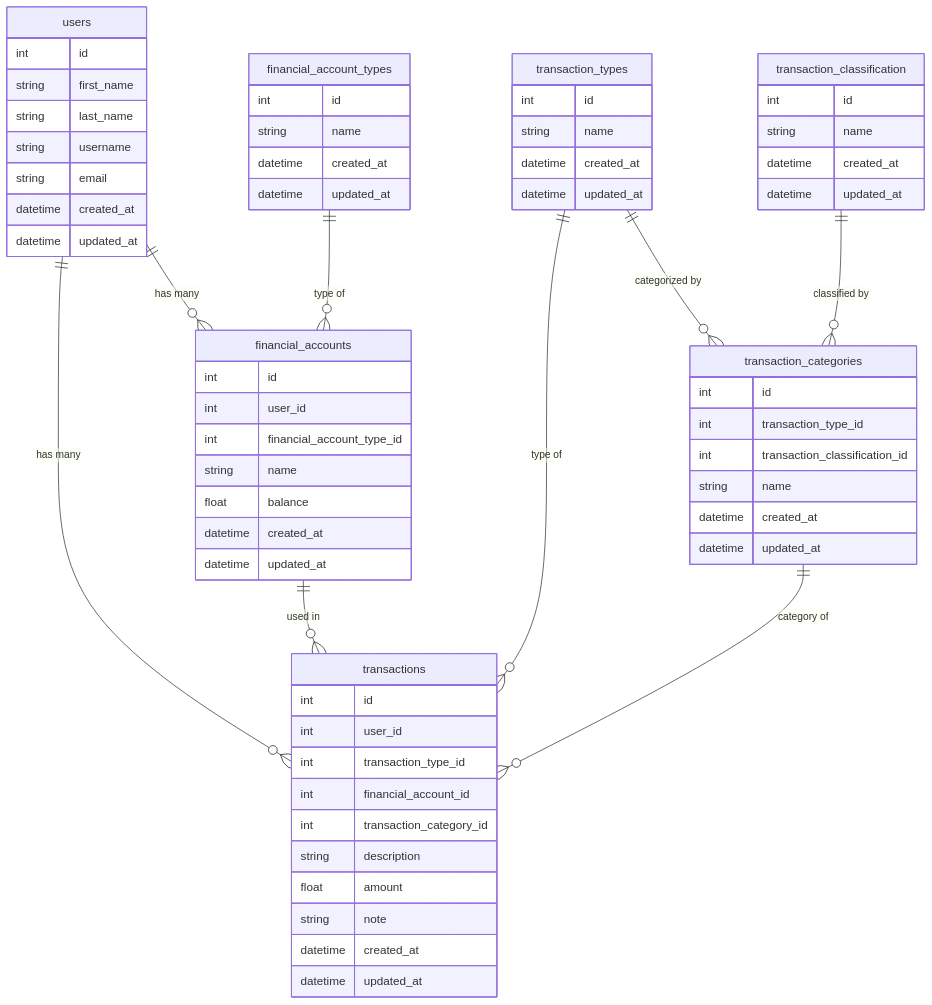
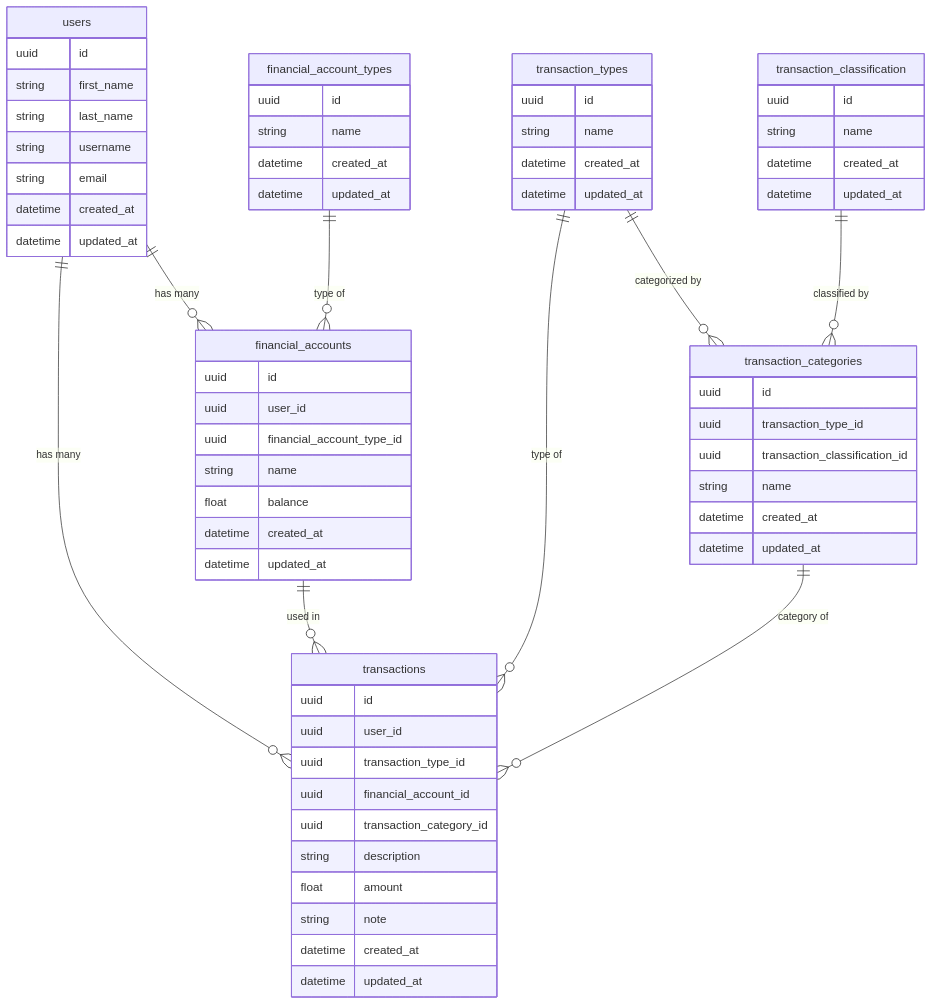
Before and after one commit to hyoaru/last-dime: the diagram in api/docs/internal/DATA_MODEL.md, drawn with Mermaid.

Commit message:
Replaced int ids to uuid

````diff
--- a/api/docs/internal/DATA_MODEL.md
+++ b/api/docs/internal/DATA_MODEL.md
@@ -33,79 +33,79 @@
 ```mermaid
 erDiagram
 
     users {
-        int id
+        uuid id
         string first_name
         string last_name
         string username
         string email
         datetime created_at
         datetime updated_at
     }
 
     financial_account_types {
-        int id
+        uuid id
         string name
         datetime created_at
         datetime updated_at
     }
 
     financial_accounts {
-        int id
-        int user_id
-        int financial_account_type_id
+        uuid id
+        uuid user_id
+        uuid financial_account_type_id
         string name
         float balance
         datetime created_at
         datetime updated_at
     }
 
     transaction_types {
-        int id
+        uuid id
         string name
         datetime created_at
         datetime updated_at
     }
 
     transaction_classification {
-        int id
+        uuid id
         string name
         datetime created_at
         datetime updated_at
     }
 
     transaction_categories {
-        int id
-        int transaction_type_id
-        int transaction_classification_id
+        uuid id
+        uuid transaction_type_id
+        uuid transaction_classification_id
         string name
         datetime created_at
         datetime updated_at
     }
 
     transactions {
-        int id
-        int user_id
-        int transaction_type_id
-        int financial_account_id
-        int transaction_category_id
+        uuid id
+        uuid user_id
+        uuid transaction_type_id
+        uuid financial_account_id
+        uuid transaction_category_id
         string description
         float amount
         string note
         datetime created_at
         datetime updated_at
     }
 
     %% Relationships
     users ||--o{ financial_accounts : "has many"
     financial_account_types ||--o{ financial_accounts : "type of"
 
     users ||--o{ transactions : "has many"
     financial_accounts ||--o{ transactions : "used in"
 
     transaction_types ||--o{ transaction_categories : "categorized by"
     transaction_classification ||--o{ transaction_categories : "classified by"
 
     transaction_types ||--o{ transactions : "type of"
     transaction_categories ||--o{ transactions : "category of"
 ```
````
